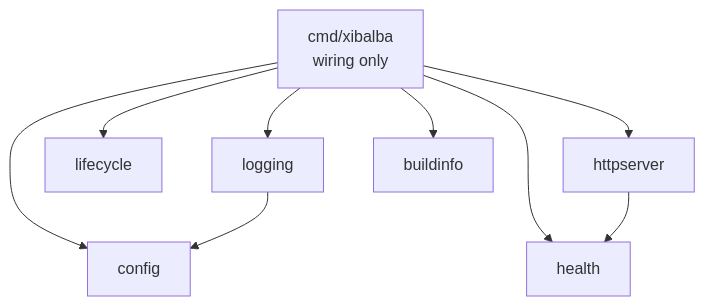
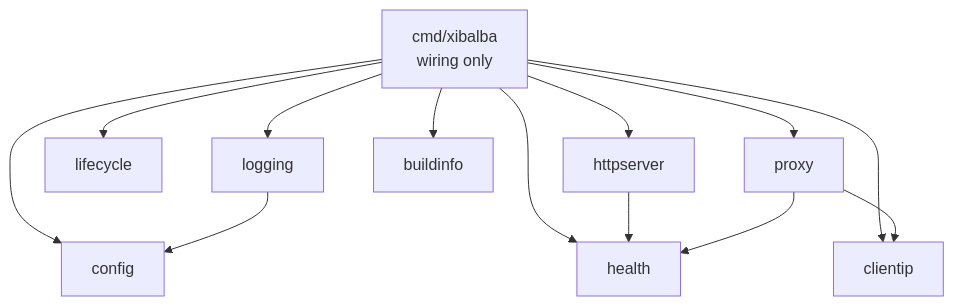
The first of 2 diagrams in docs/ARCHITECTURE.md (MaMoja/xibalba), drawn with Mermaid before and after one commit. The commit also changed other lines of this file and 18 other files, not shown here.

````diff
--- a/docs/ARCHITECTURE.md
+++ b/docs/ARCHITECTURE.md
@@ -26,11 +26,15 @@
 ```mermaid
 flowchart TD
     main[cmd/xibalba<br>wiring only] --> config
     main --> logging
     main --> lifecycle
     main --> health
     main --> httpserver
     main --> buildinfo
+    main --> clientip
+    main --> proxy
     logging --> config
     httpserver --> health
+    proxy --> health
+    proxy --> clientip
 ```
````
